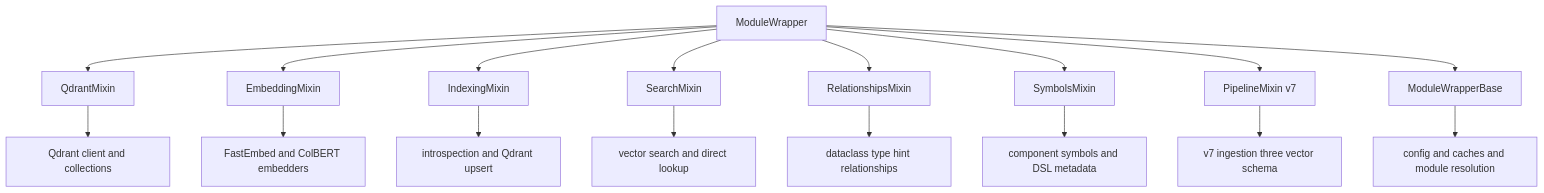
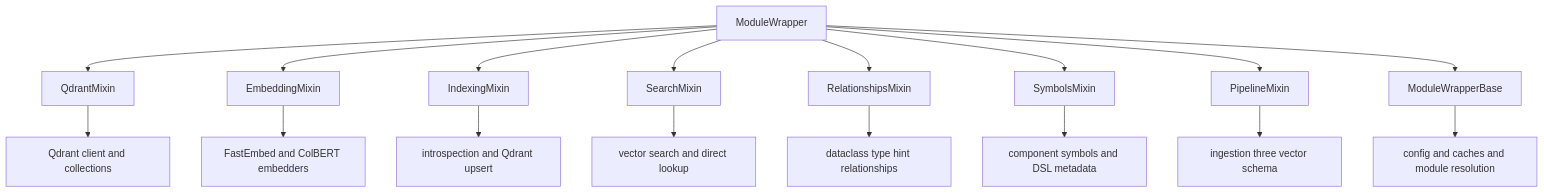
Before and after one commit to dipseth/google_workspace_fastmcp2: the first of 6 diagrams in adapters/MODULE_WRAPPER_DIAGRAMS.md, drawn with Mermaid. The commit also changed other lines of this file and 37 other files, not shown here.

````diff
--- a/adapters/MODULE_WRAPPER_DIAGRAMS.md
+++ b/adapters/MODULE_WRAPPER_DIAGRAMS.md
@@ -17,22 +17,22 @@
 ```mermaid
 graph TD
   MW[ModuleWrapper]
 
   MW --> QB[QdrantMixin]
   MW --> EB[EmbeddingMixin]
   MW --> IX[IndexingMixin]
   MW --> SE[SearchMixin]
   MW --> RE[RelationshipsMixin]
   MW --> SY[SymbolsMixin]
-  MW --> PI[PipelineMixin v7]
+  MW --> PI[PipelineMixin]
   MW --> BA[ModuleWrapperBase]
 
   QB --> Q[Qdrant client and collections]
   EB --> E[FastEmbed and ColBERT embedders]
   IX --> I[introspection and Qdrant upsert]
   SE --> S[vector search and direct lookup]
   RE --> R[dataclass type hint relationships]
   SY --> D[component symbols and DSL metadata]
-  PI --> V7[v7 ingestion three vector schema]
+  PI --> NV[ingestion three vector schema]
   BA --> Cfg[config and caches and module resolution]
 ```
````
